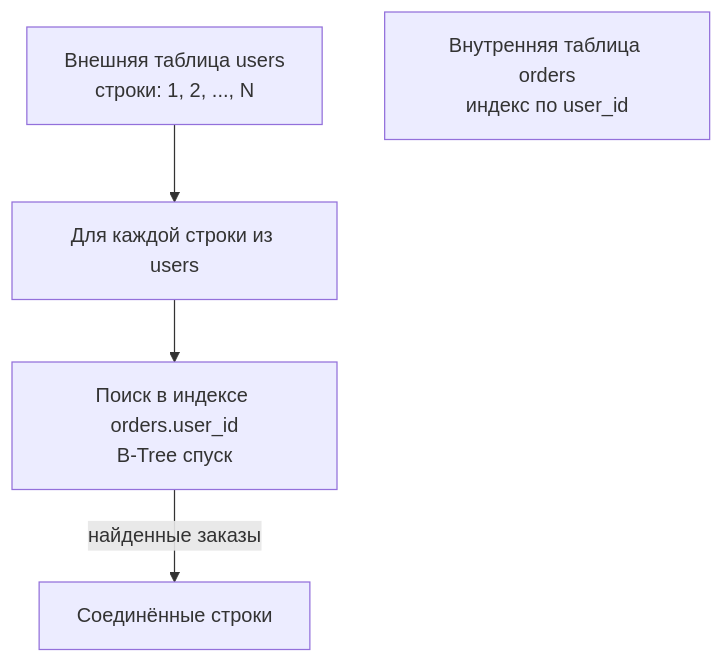
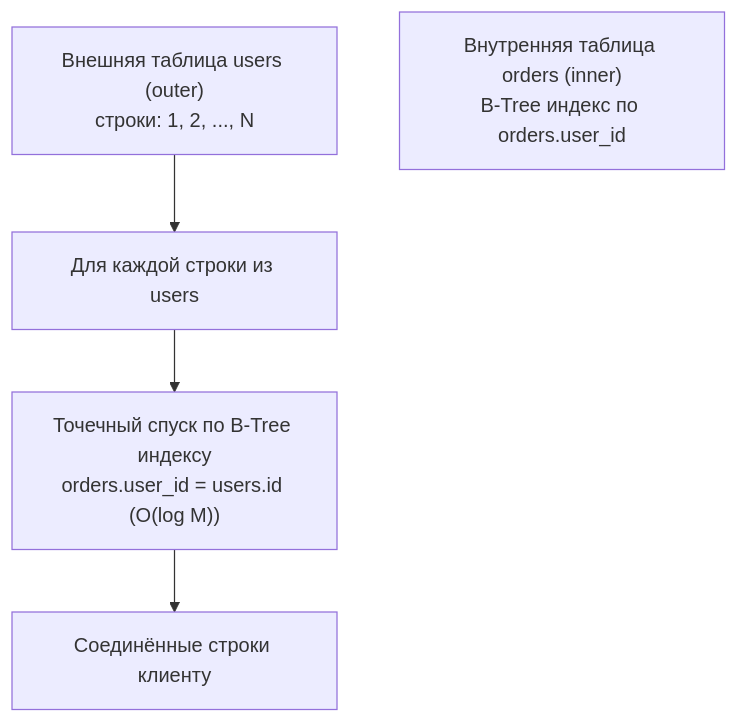
One commit to UnrealTemplier/go-textbook changed the first of 3 diagrams in sources/12. Базы данных/04. Индексы и производительность/14. Оптимизация JOIN.md. Above: the diagram before and after it, drawn with Mermaid. The commit also changed other lines of this file, not shown here.

````diff
--- a/sources/12. Базы данных/04. Индексы и производительность/14. Оптимизация JOIN.md
+++ b/sources/12. Базы данных/04. Индексы и производительность/14. Оптимизация JOIN.md
@@ -14,11 +19,12 @@
 ```mermaid
 flowchart TD
-    Outer["Внешняя таблица users<br>строки: 1, 2, ..., N"]
-    Inner["Внутренняя таблица orders<br>индекс по user_id"]
+    Outer["Внешняя таблица users (outer)<br>строки: 1, 2, ..., N"]
+    Inner["Внутренняя таблица orders (inner)<br>B-Tree индекс по orders.user_id"]
     Loop["Для каждой строки из users"]
-    IdxLookup["Поиск в индексе orders.user_id<br>B-Tree спуск"]
-    Result["Соединённые строки"]
+    IdxLookup["Точечный спуск по B-Tree индексу<br>orders.user_id = users.id (O(log M))"]
+    Result["Соединённые строки клиенту"]
+
     Outer --> Loop
     Loop --> IdxLookup
-    IdxLookup -->|"найденные заказы"| Result
+    IdxLookup --> Result
 ```
````
